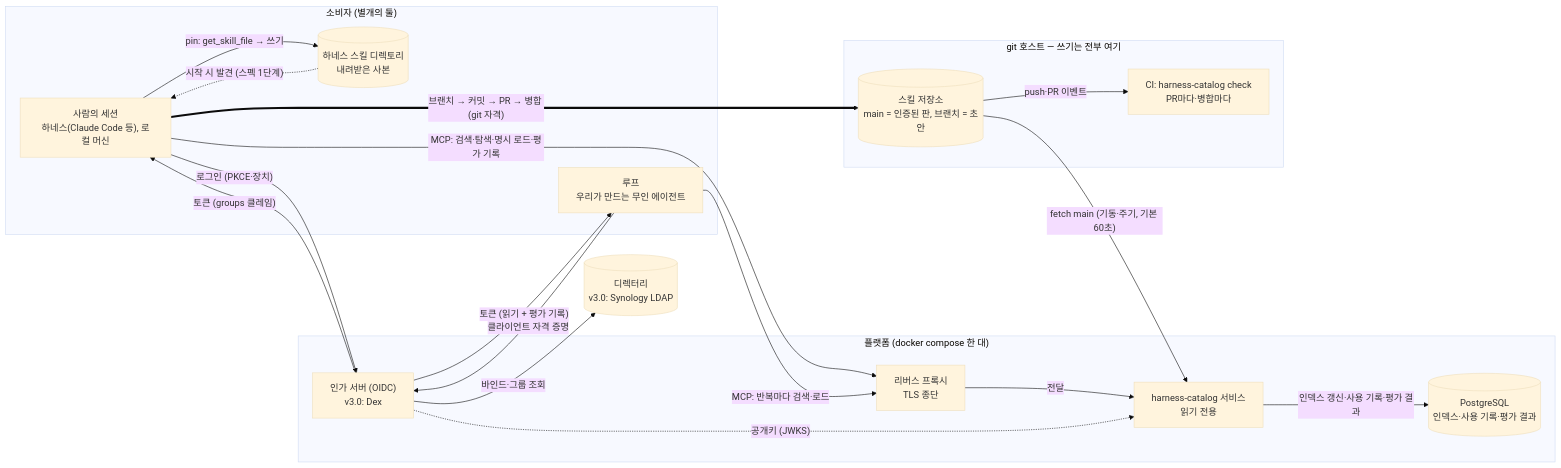
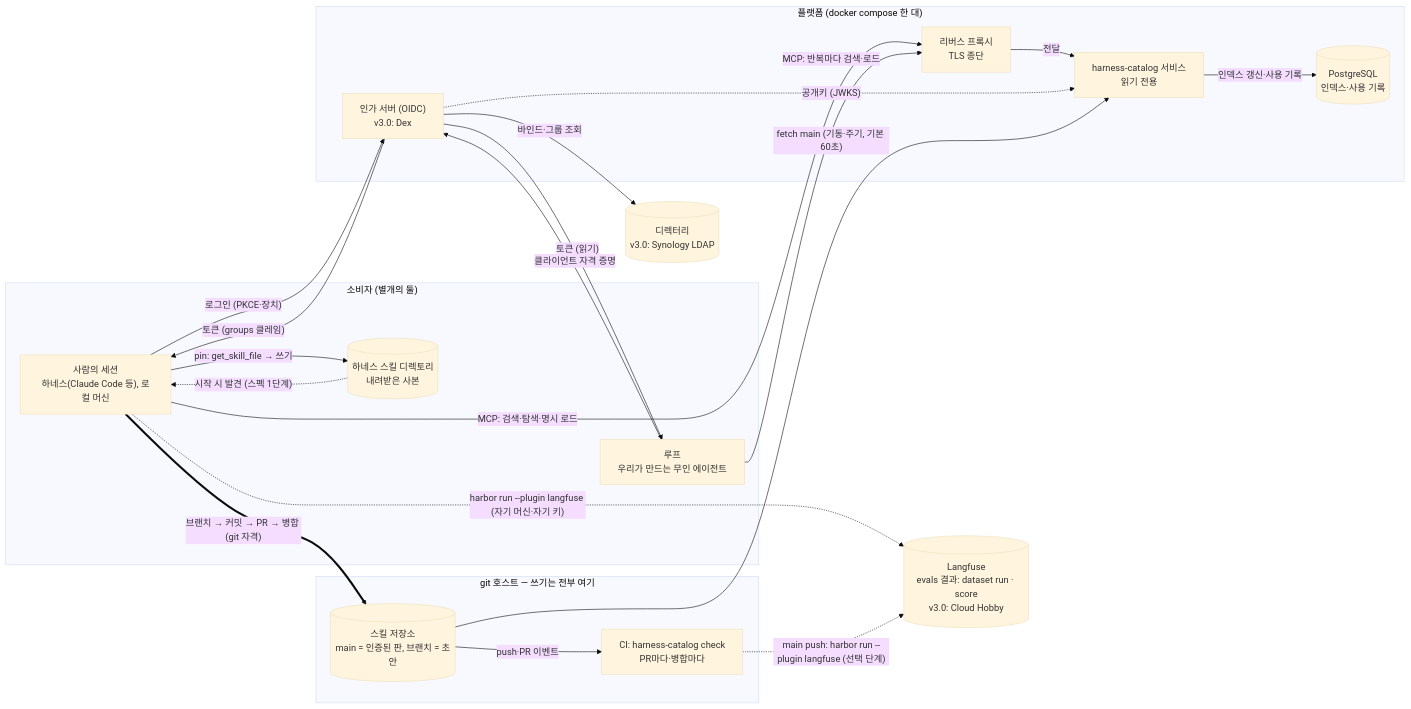
Before and after one commit to alteralab/harness-catalog: the first of 4 diagrams in DESIGN.md, drawn with Mermaid (base theme). The commit also changed other lines of this file and 5 other files, not shown here.

````diff
--- a/DESIGN.md
+++ b/DESIGN.md
@@ -43,34 +43,37 @@
 ```mermaid
 flowchart LR
     subgraph EDGE["소비자 (별개의 둘)"]
         HUMAN["사람의 세션<br/>하네스(Claude Code 등), 로컬 머신"]
         LOOP["루프<br/>우리가 만드는 무인 에이전트"]
         LOCAL[("하네스 스킬 디렉토리<br/>내려받은 사본")]
     end
     DIR[("디렉터리<br/>v3.0: Synology LDAP")]
     subgraph PLATFORM["플랫폼 (docker compose 한 대)"]
         PROXY["리버스 프록시<br/>TLS 종단"]
         AUTHS["인가 서버 (OIDC)<br/>v3.0: Dex"]
         REG["harness-catalog 서비스<br/>읽기 전용"]
-        PG[("PostgreSQL<br/>인덱스·사용 기록·평가 결과")]
+        PG[("PostgreSQL<br/>인덱스·사용 기록")]
     end
+    LF[("Langfuse<br/>evals 결과: dataset run · score<br/>v3.0: Cloud Hobby")]
     subgraph GIT["git 호스트 — 쓰기는 전부 여기"]
         REPO[("스킬 저장소<br/>main = 인증된 판, 브랜치 = 초안")]
         CI["CI: harness-catalog check<br/>PR마다·병합마다"]
     end
     HUMAN -- "로그인 (PKCE·장치)" --> AUTHS
     LOOP -- "클라이언트 자격 증명" --> AUTHS
     AUTHS -- "바인드·그룹 조회" --> DIR
     AUTHS -- "토큰 (groups 클레임)" --> HUMAN
-    AUTHS -- "토큰 (읽기 + 평가 기록)" --> LOOP
-    HUMAN -- "MCP: 검색·탐색·명시 로드·평가 기록" --> PROXY
+    AUTHS -- "토큰 (읽기)" --> LOOP
+    HUMAN -- "MCP: 검색·탐색·명시 로드" --> PROXY
     LOOP -- "MCP: 반복마다 검색·로드" --> PROXY
     PROXY -- "전달" --> REG
     AUTHS -. "공개키 (JWKS)" .-> REG
-    REG -- "인덱스 갱신·사용 기록·평가 결과" --> PG
+    REG -- "인덱스 갱신·사용 기록" --> PG
     REPO -- "fetch main (기동·주기, 기본 60초)" --> REG
     REPO -- "push·PR 이벤트" --> CI
     HUMAN -- "pin: get_skill_file → 쓰기" --> LOCAL
     LOCAL -. "시작 시 발견 (스펙 1단계)" .-> HUMAN
     HUMAN == "브랜치 → 커밋 → PR → 병합 (git 자격)" ==> REPO
+    HUMAN -. "harbor run --plugin langfuse (자기 머신·자기 키)" .-> LF
+    CI -. "main push: harbor run --plugin langfuse (선택 단계)" .-> LF
 ```
````
